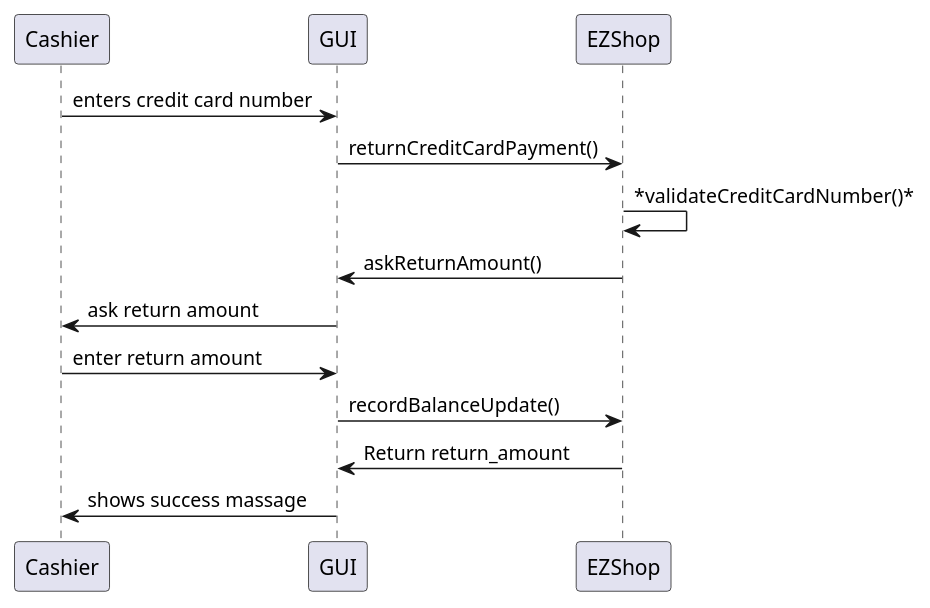
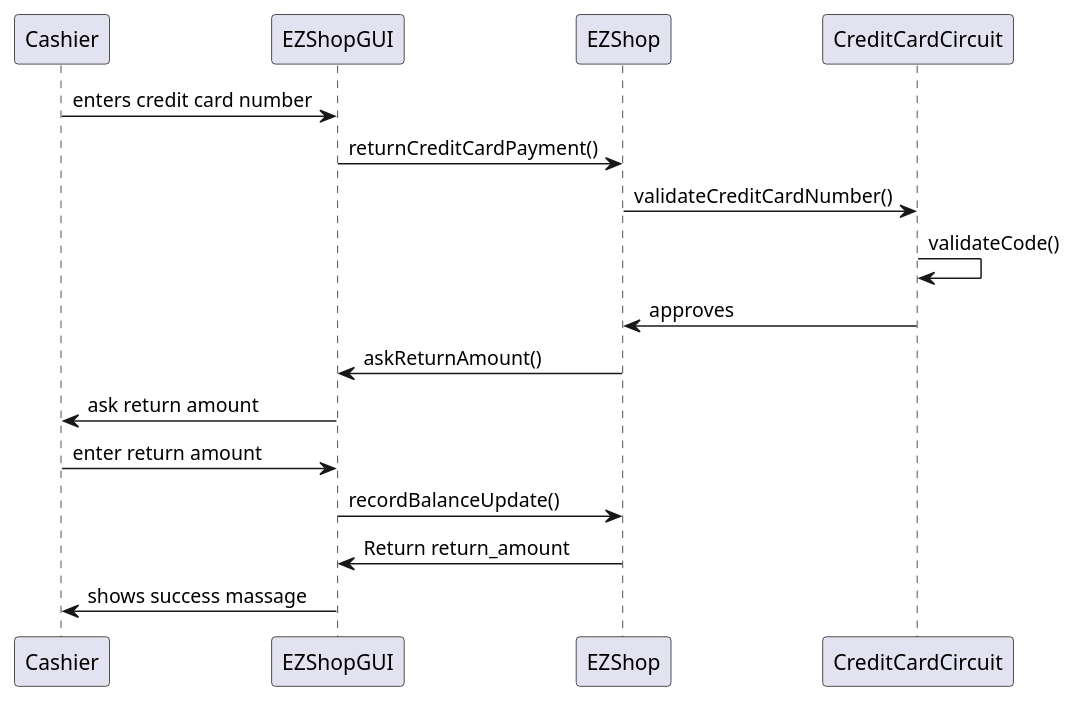
Before and after one commit to polito-se2-21-r03/se1-ezshop: the eighth of 8 diagrams in Deliverables/DesignDocument.md, drawn with PlantUML. The commit also changed other lines of this file, not shown here.

Commit message:
sequence diagram 10.1 update 2

````diff
--- a/Deliverables/DesignDocument.md
+++ b/Deliverables/DesignDocument.md
@@ -434,14 +434,15 @@
 ```plantuml
 
-Cashier -> GUI: enters credit card number
-GUI -> EZShop: returnCreditCardPayment()
-EZShop -> EZShop: *validateCreditCardNumber()*
-EZShop -> GUI: askReturnAmount()
-GUI -> Cashier: ask return amount
-Cashier -> GUI: enter return amount
-GUI -> EZShop: recordBalanceUpdate()
-EZShop -> GUI: Return return_amount
-GUI -> Cashier: shows success massage
-
+Cashier -> EZShopGUI: enters credit card number
+EZShopGUI -> EZShop: returnCreditCardPayment()
+EZShop -> CreditCardCircuit: validateCreditCardNumber()
+CreditCardCircuit -> CreditCardCircuit: validateCode()
+CreditCardCircuit -> EZShop: approves
+EZShop -> EZShopGUI: askReturnAmount()
+EZShopGUI -> Cashier: ask return amount
+Cashier -> EZShopGUI: enter return amount
+EZShopGUI -> EZShop: recordBalanceUpdate()
+EZShop -> EZShopGUI: Return return_amount
+EZShopGUI -> Cashier: shows success massage
 
 ```
````
